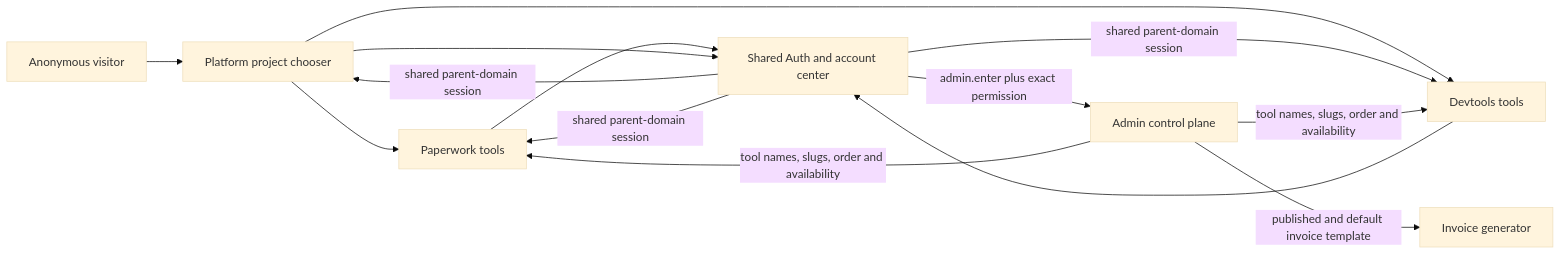
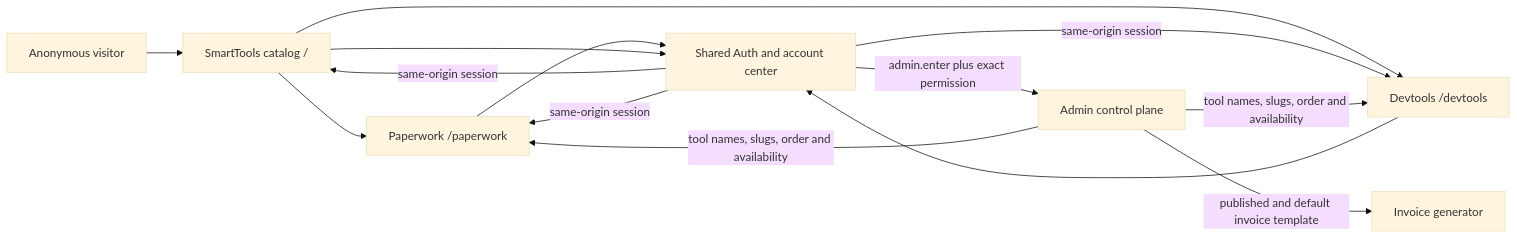
Before and after one commit to Aashi1109/myonlinereceipt: the diagram in DESIGN_LLM_HANDOFF.md, drawn with Mermaid (base theme). The commit also changed other lines of this file and 283 other files, not shown here.

```diff
--- a/DESIGN_LLM_HANDOFF.md
+++ b/DESIGN_LLM_HANDOFF.md
@@ -55,16 +53,16 @@
 ~~~mermaid
 flowchart LR
-  Visitor[Anonymous visitor] --> Platform[Platform project chooser]
-  Platform --> Paperwork[Paperwork tools]
-  Platform --> Devtools[Devtools tools]
+  Visitor[Anonymous visitor] --> Home[SmartTools catalog /]
+  Home --> Paperwork[Paperwork /paperwork]
+  Home --> Devtools[Devtools /devtools]
   Paperwork --> Auth[Shared Auth and account center]
   Devtools --> Auth
-  Platform --> Auth
-  Auth -->|shared parent-domain session| Platform
-  Auth -->|shared parent-domain session| Paperwork
-  Auth -->|shared parent-domain session| Devtools
+  Home --> Auth
+  Auth -->|same-origin session| Home
+  Auth -->|same-origin session| Paperwork
+  Auth -->|same-origin session| Devtools
   Auth -->|admin.enter plus exact permission| Admin[Admin control plane]
   Admin -->|tool names, slugs, order and availability| Paperwork
   Admin -->|tool names, slugs, order and availability| Devtools
   Admin -->|published and default invoice template| Invoice[Invoice generator]
 ~~~
```
